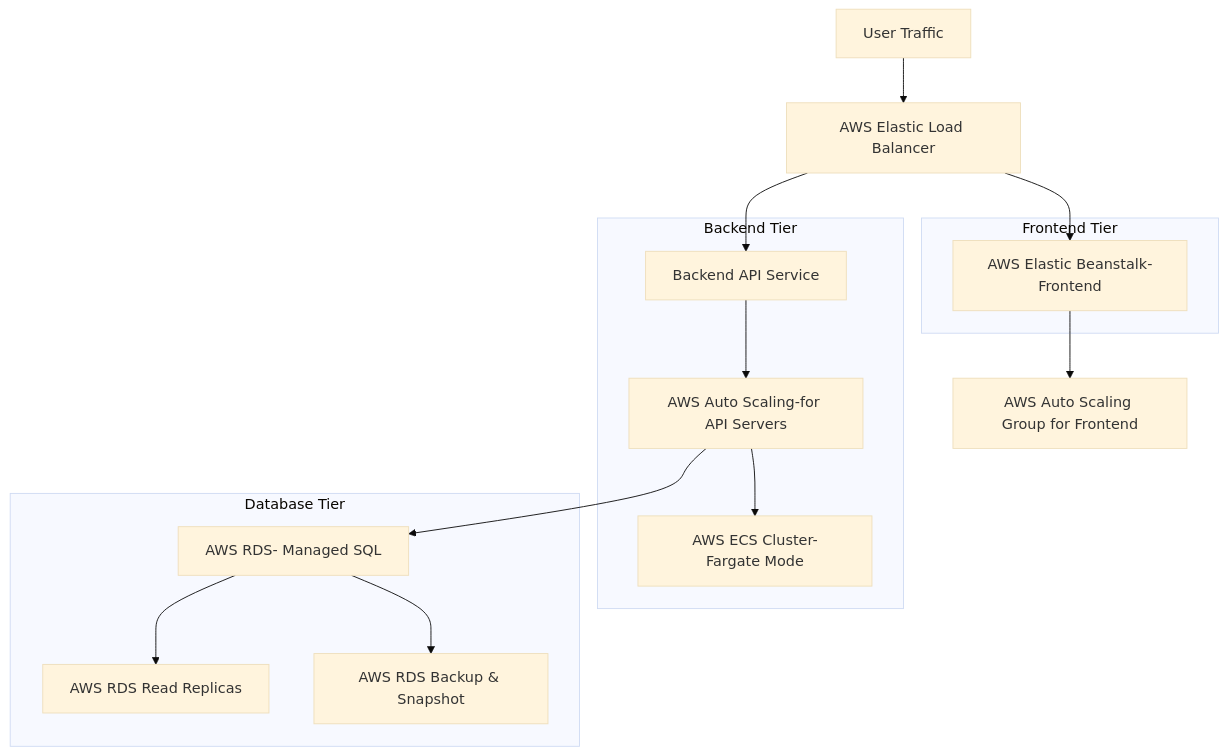
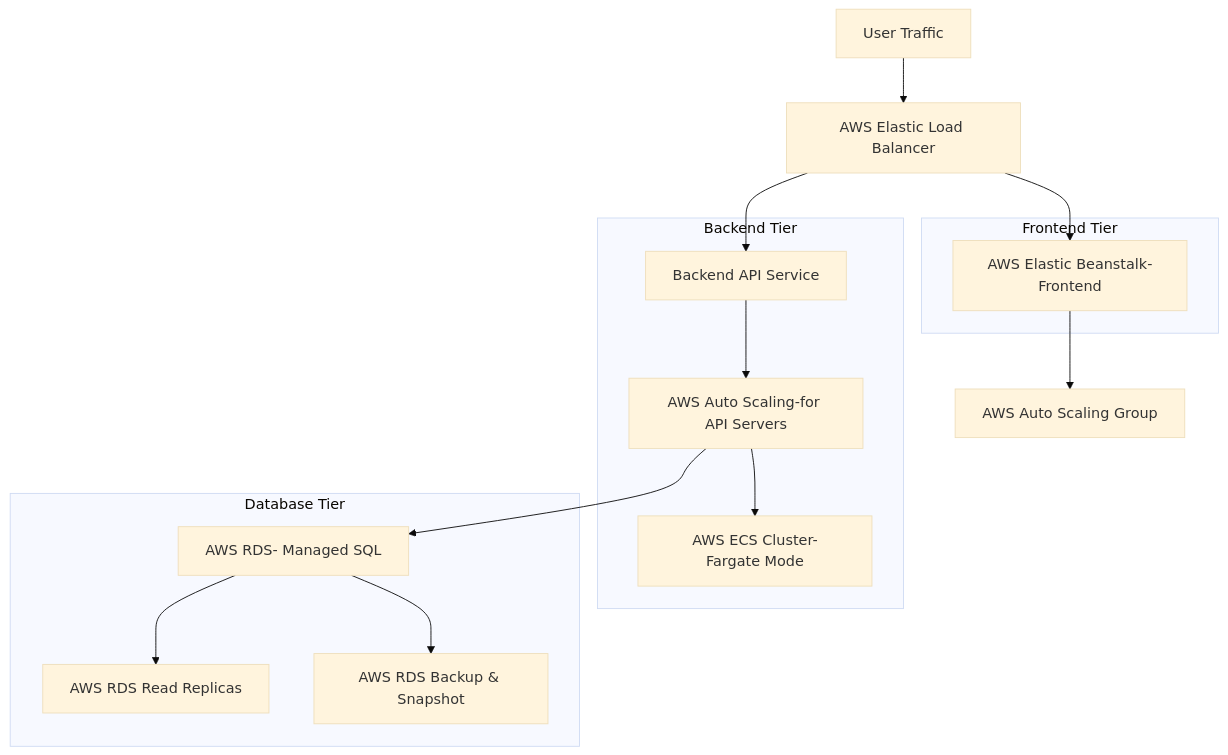
The second of 2 diagrams in Lab5/lab5.md (Klamichhane738/CST8913_010-Cloud-Migration_Lab), drawn with Mermaid (base theme) before and after one commit.

Commit message:
Finalized

````diff
--- a/Lab5/lab5.md
+++ b/Lab5/lab5.md
@@ -18,30 +18,30 @@
 ```mermaid 
 graph TD;
     A[User Traffic] --> B[AWS Elastic Load Balancer]
     B --> C[AWS Elastic Beanstalk-Frontend]
-    C --> D[AWS Auto Scaling Group for Frontend]
+    C --> D[AWS Auto Scaling Group]
     
     B --> E[Backend API Service]
     E --> F[AWS Auto Scaling-for API Servers]
     F --> G[AWS ECS Cluster-Fargate Mode]
     
     F --> H[AWS RDS- Managed SQL]
     H --> H2[AWS RDS Read Replicas]
     H --> I[AWS RDS Backup & Snapshot]
 
     subgraph Frontend Tier
         C
     end
     
     subgraph Backend Tier
         E
         F
         G
     end
     
     subgraph Database Tier
         H
         H2
         I
     end
 ```
````
